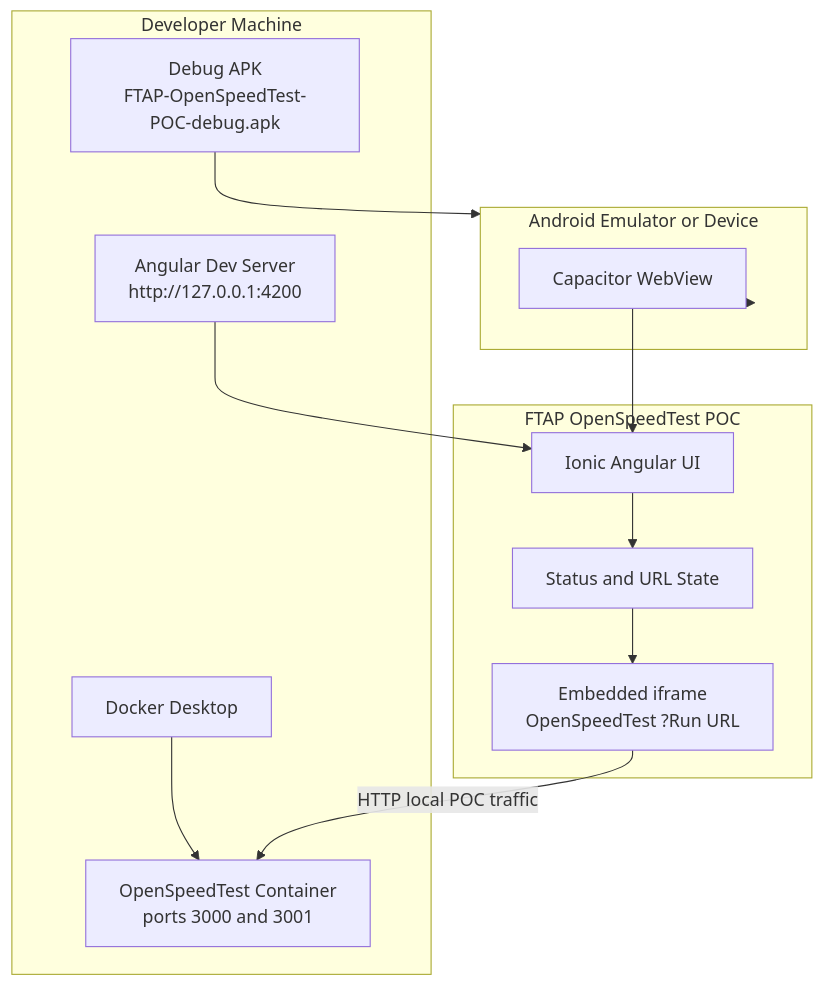
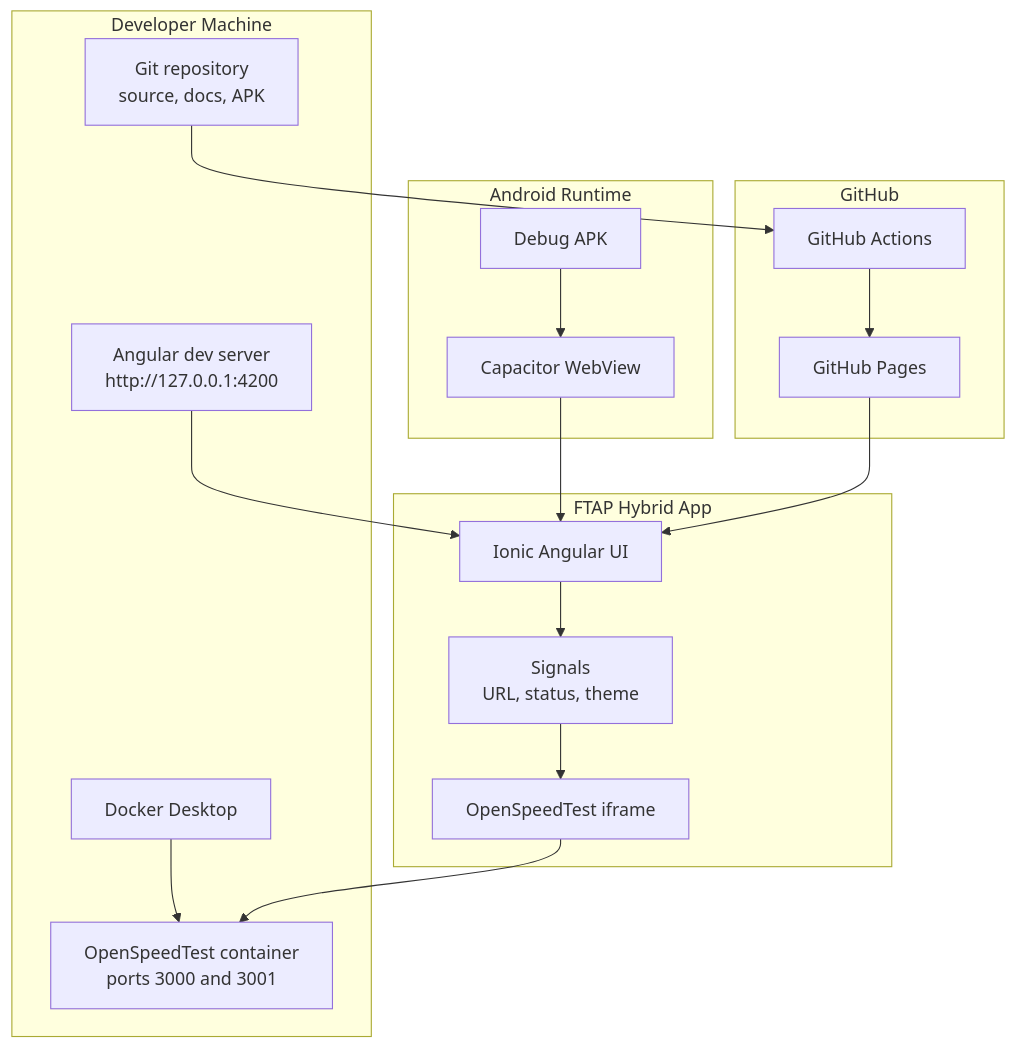
One commit to rgalor-ca/openspeedtest-ftap-poc changed the first of 10 diagrams in docs/DOCUMENTATION.md. Above: the diagram before and after it, drawn with Mermaid. The commit also changed other lines of this file and 5 other files, not shown here.

````diff
--- a/docs/DOCUMENTATION.md
+++ b/docs/DOCUMENTATION.md
@@ -34,28 +39,36 @@
 ```mermaid
 flowchart TB
-  subgraph Host["Developer Machine"]
+  subgraph "Developer Machine"
     Docker["Docker Desktop"]
-    OST["OpenSpeedTest Container<br/>ports 3000 and 3001"]
-    Angular["Angular Dev Server<br/>http://127.0.0.1:4200"]
-    APK["Debug APK<br/>FTAP-OpenSpeedTest-POC-debug.apk"]
+    OST["OpenSpeedTest container<br>ports 3000 and 3001"]
+    Angular["Angular dev server<br>http://127.0.0.1:4200"]
+    Repo["Git repository<br>source, docs, APK"]
   end
 
-  subgraph App["FTAP OpenSpeedTest POC"]
+  subgraph "FTAP Hybrid App"
     UI["Ionic Angular UI"]
-    State["Status and URL State"]
-    Iframe["Embedded iframe<br/>OpenSpeedTest ?Run URL"]
+    State["Signals<br>URL, status, theme"]
+    Frame["OpenSpeedTest iframe"]
   end
 
-  subgraph Android["Android Emulator or Device"]
+  subgraph "Android Runtime"
+    APK["Debug APK"]
     WebView["Capacitor WebView"]
+  end
+
+  subgraph "GitHub"
+    Pages["GitHub Pages"]
+    Actions["GitHub Actions"]
   end
 
   Docker --> OST
   Angular --> UI
+  Repo --> Actions
+  Actions --> Pages
   UI --> State
-  State --> Iframe
-  APK --> Android
-  Android --> WebView
+  State --> Frame
+  APK --> WebView
   WebView --> UI
-  Iframe -->|"HTTP local POC traffic"| OST
+  Frame --> OST
+  Pages --> UI
 ```
````
